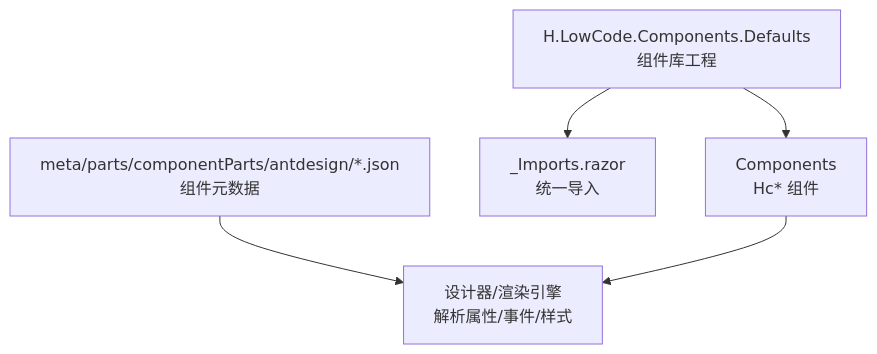
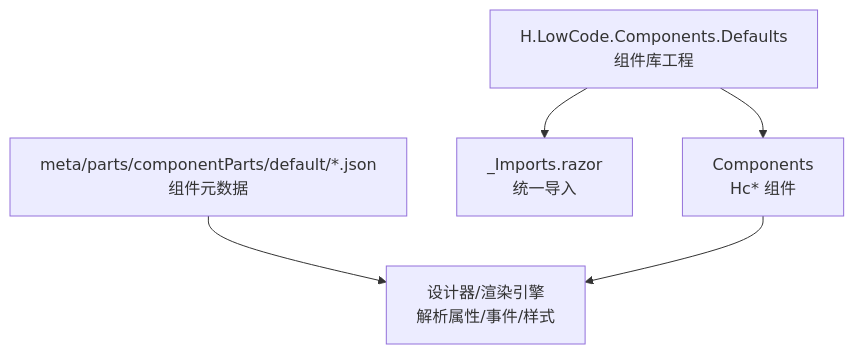
Before and after one commit to openlowcodelab/lowcode: the first of 6 diagrams in .qoder/repowiki/zh/content/前端架构/UI组件库/UI组件库.md, drawn with Mermaid. The commit also changed other lines of this file and 111 other files, not shown here.

````diff
--- a/.qoder/repowiki/zh/content/前端架构/UI组件库/UI组件库.md
+++ b/.qoder/repowiki/zh/content/前端架构/UI组件库/UI组件库.md
@@ -52,7 +52,7 @@
 ```mermaid
 graph TB
 A["H.LowCode.Components.Defaults<br/>组件库工程"] --> B["Components<br/>Hc* 组件"]
 A --> C["_Imports.razor<br/>统一导入"]
-D["meta/parts/componentParts/antdesign/*.json<br/>组件元数据"] --> E["设计器/渲染引擎<br/>解析属性/事件/样式"]
+D["meta/parts/componentParts/default/*.json<br/>组件元数据"] --> E["设计器/渲染引擎<br/>解析属性/事件/样式"]
 B --> E
 ```
````
